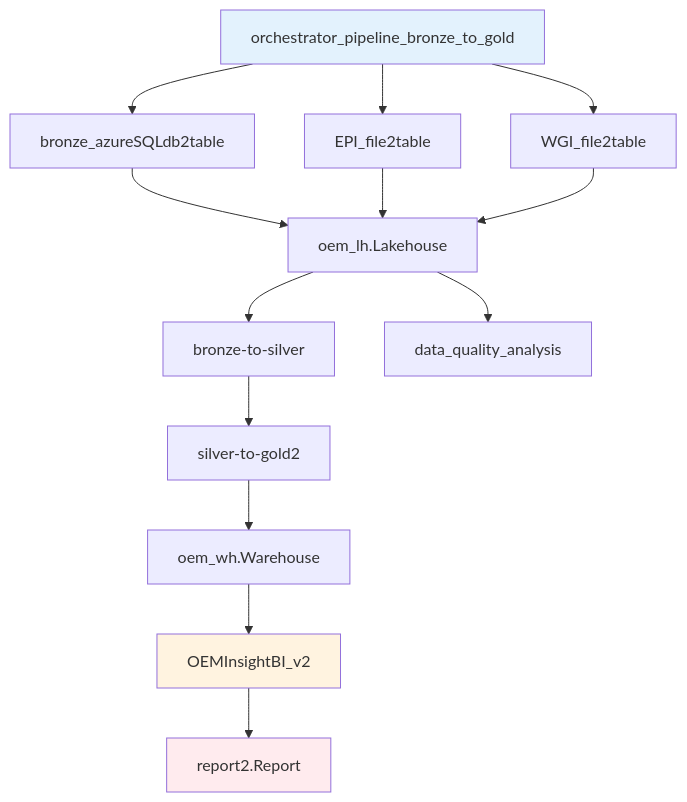
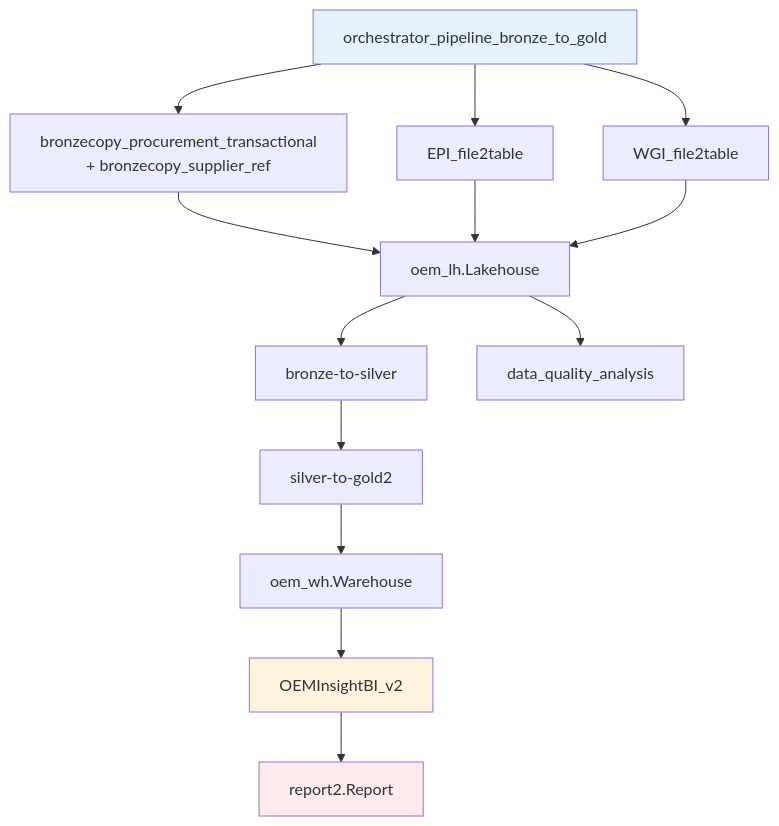
Before and after one commit to erikemilsson/OEMMatInsightBI: the diagram in docs/architecture/fabric-artifacts-inventory.md, drawn with Mermaid. The commit also changed other lines of this file and 11 other files, not shown here.

````diff
--- a/docs/architecture/fabric-artifacts-inventory.md
+++ b/docs/architecture/fabric-artifacts-inventory.md
@@ -70,38 +70,38 @@
 ```mermaid
 graph TD
     Pipeline[orchestrator_pipeline_bronze_to_gold]
 
-    Bronze1[bronze_azureSQLdb2table]
+    Bronze1[bronzecopy_procurement_transactional<br/>+ bronzecopy_supplier_ref]
     Bronze2[EPI_file2table]
     Bronze3[WGI_file2table]
 
     Silver[bronze-to-silver]
     Gold[silver-to-gold2]
     DQ[data_quality_analysis]
 
     LH[oem_lh.Lakehouse]
     WH[oem_wh.Warehouse]
     SM[OEMInsightBI_v2]
     Report[report2.Report]
 
     Pipeline --> Bronze1
     Pipeline --> Bronze2
     Pipeline --> Bronze3
 
     Bronze1 --> LH
     Bronze2 --> LH
     Bronze3 --> LH
 
     LH --> Silver
     Silver --> Gold
     Gold --> WH
 
     LH --> DQ
 
     WH --> SM
     SM --> Report
 
     style Pipeline fill:#e3f2fd
     style SM fill:#fff3e0
     style Report fill:#ffebee
 ```
````
